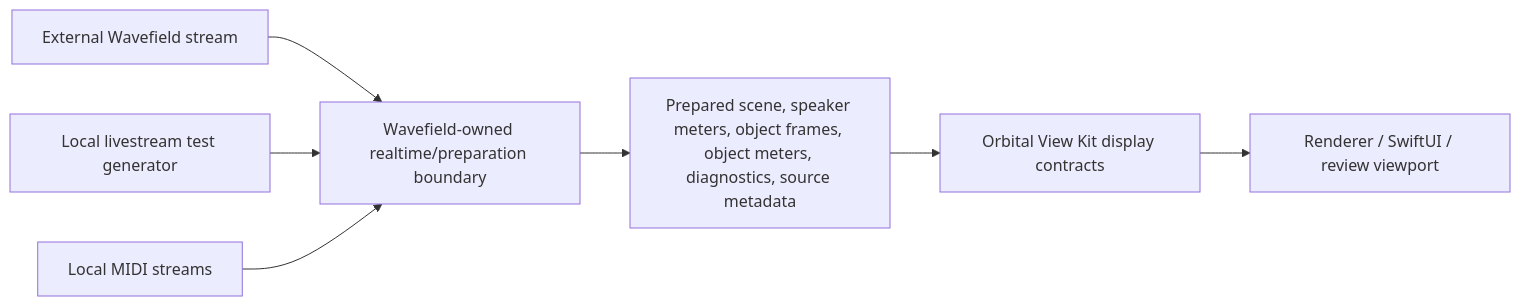
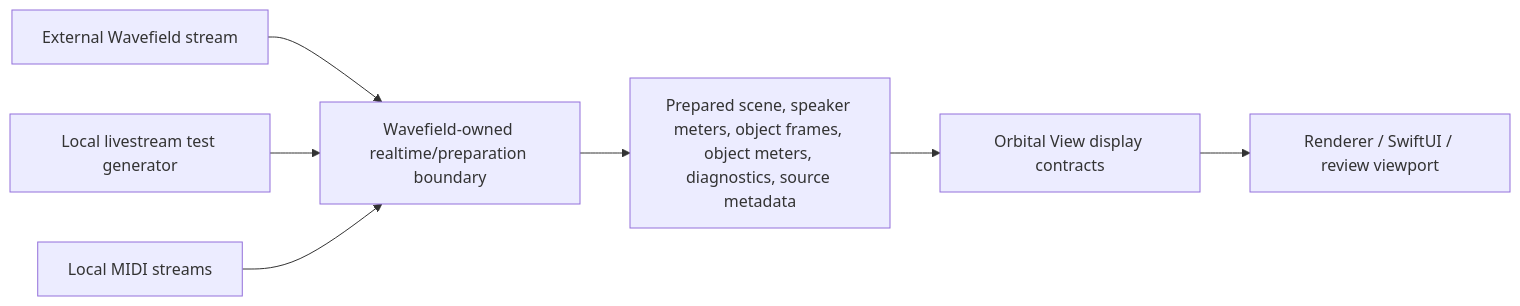
Before and after one commit to jebagu/orbital-view: the tenth of 20 diagrams in docs/system-flows.md, drawn with Mermaid. The commit also changed other lines of this file and 22 other files, not shown here.

First line of the commit message:
Orbital View 1.0

````diff
--- a/docs/system-flows.md
+++ b/docs/system-flows.md
@@ -134,9 +134,9 @@
 ```mermaid
 flowchart LR
   External["External Wavefield stream"] --> Wavefield["Wavefield-owned realtime/preparation boundary"]
   Generator["Local livestream test generator"] --> Wavefield
   MIDI["Local MIDI streams"] --> Wavefield
   Wavefield --> Prepared["Prepared scene, speaker meters, object frames, object meters, diagnostics, source metadata"]
-  Prepared --> Orbital["Orbital View Kit display contracts"]
+  Prepared --> Orbital["Orbital View display contracts"]
   Orbital --> Viewport["Renderer / SwiftUI / review viewport"]
 ```
````
